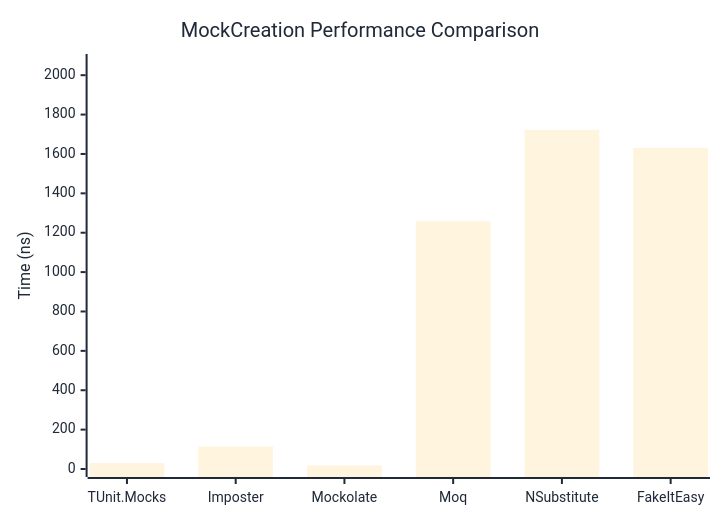
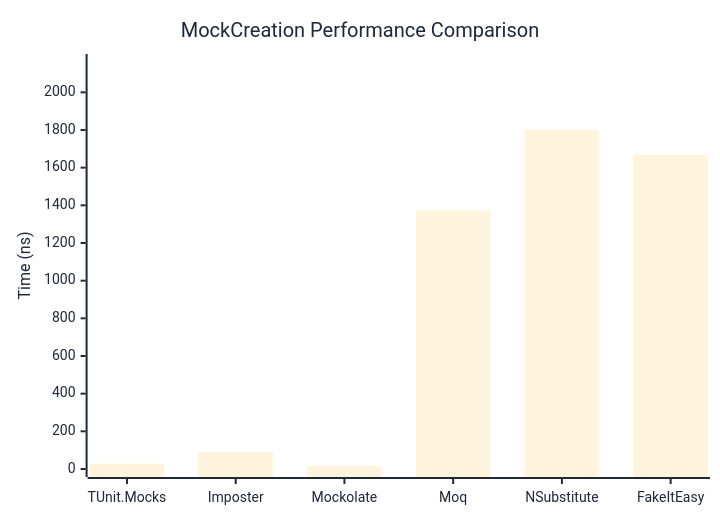
Before and after one commit to thomhurst/TUnit: the first of 2 diagrams in docs/docs/benchmarks/mocks/MockCreation.md, drawn with Mermaid. The commit also changed other lines of this file and 14 other files, not shown here.

````diff
--- a/docs/docs/benchmarks/mocks/MockCreation.md
+++ b/docs/docs/benchmarks/mocks/MockCreation.md
@@ -30,27 +30,27 @@
 ```mermaid
 %%{init: {
   'theme':'base',
   'themeVariables': {
     'primaryColor': '#2563eb',
     'primaryTextColor': '#1f2937',
     'primaryBorderColor': '#1e40af',
     'lineColor': '#6b7280',
     'secondaryColor': '#7c3aed',
     'tertiaryColor': '#dc2626',
     'background': '#ffffff',
     'pie1': '#2563eb',
     'pie2': '#7c3aed',
     'pie3': '#dc2626',
     'pie4': '#f59e0b',
     'pie5': '#10b981',
     'pie6': '#06b6d4',
     'pie7': '#ec4899',
     'pie8': '#6366f1'
   }
 }}%%
 xychart-beta
   title "MockCreation Performance Comparison"
   x-axis ["TUnit.Mocks", "Imposter", "Mockolate", "Moq", "NSubstitute", "FakeItEasy"]
-  y-axis "Time (ns)" 0 --> 2067
-  bar [30.17, 114.32, 17.87, 1258.98, 1722.1, 1631.47]
+  y-axis "Time (ns)" 0 --> 2161
+  bar [28.09, 89.39, 16.69, 1374.14, 1800.64, 1669.06]
 ```
````
